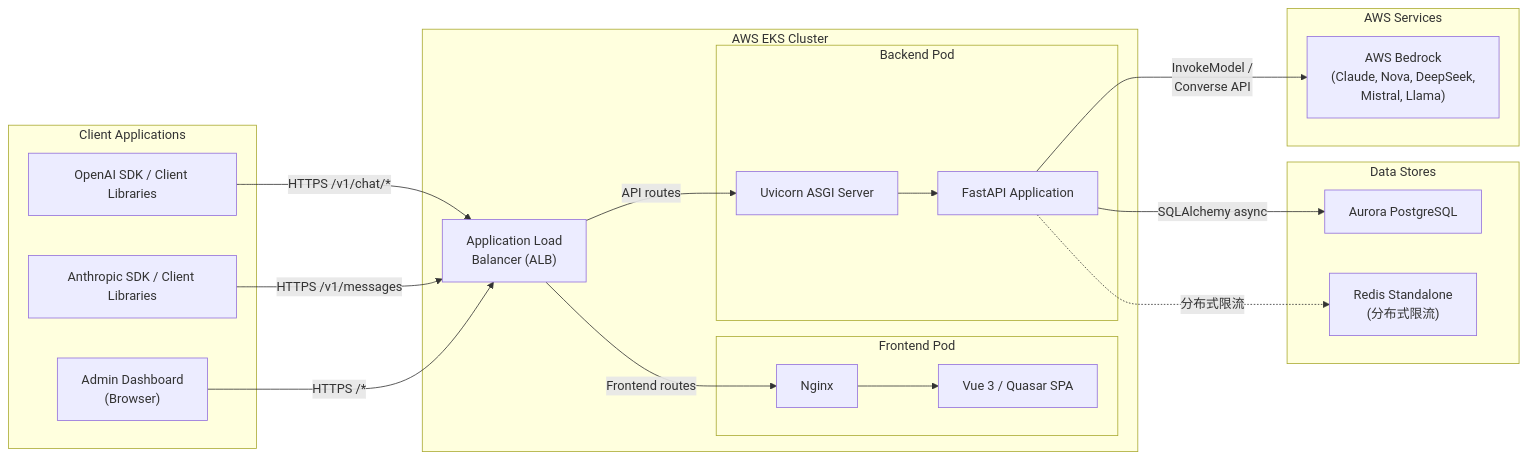
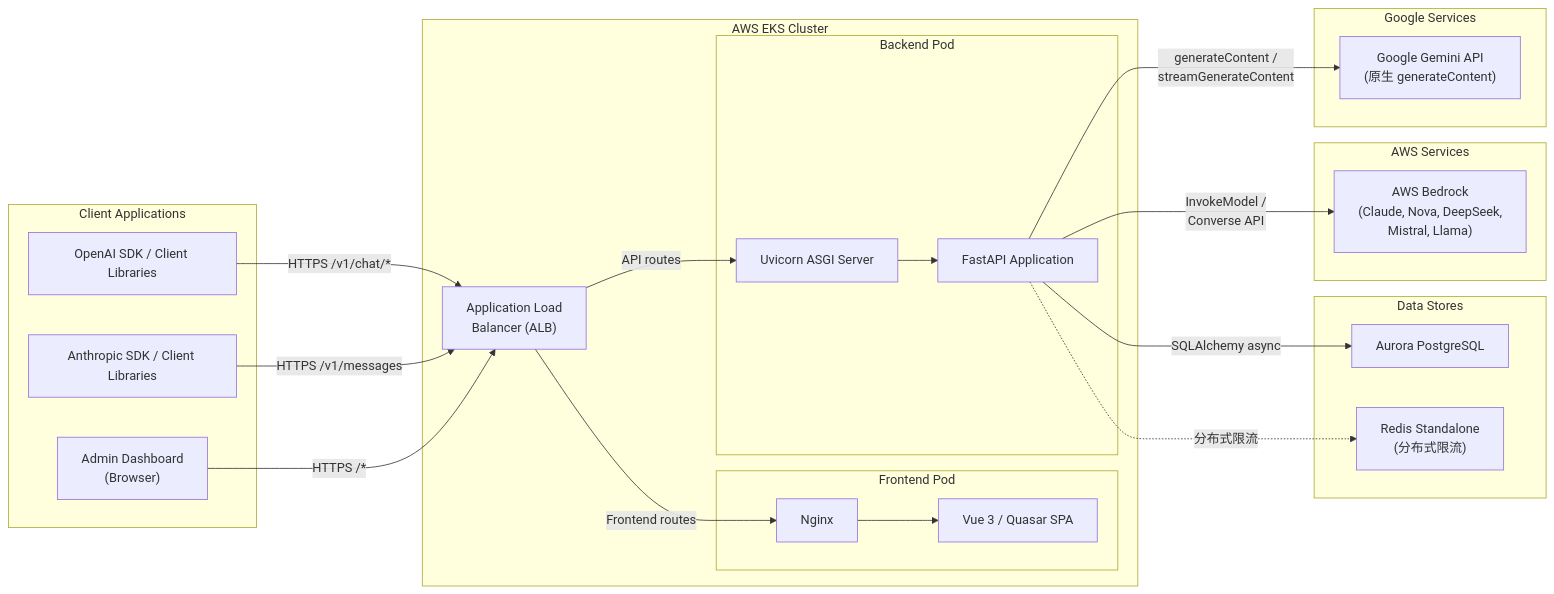
One commit to aws-samples/sample-kolya-br-proxy changed the first of 11 diagrams in docs/architecture.zh.md. Above: the diagram before and after it, drawn with Mermaid. The commit also changed other lines of this file and 11 other files, not shown here.

````diff
--- a/docs/architecture.zh.md
+++ b/docs/architecture.zh.md
@@ -24,42 +24,47 @@
 ```mermaid
 graph LR
     subgraph Clients ["Client Applications"]
         OAI["OpenAI SDK / Client Libraries"]
         Anthropic_SDK["Anthropic SDK / Client Libraries"]
         Browser["Admin Dashboard<br/>(Browser)"]
     end
 
     subgraph AWS_EKS ["AWS EKS Cluster"]
         subgraph Frontend_Pod ["Frontend Pod"]
             Nginx["Nginx"]
             Vue["Vue 3 / Quasar SPA"]
         end
 
         subgraph Backend_Pod ["Backend Pod"]
             Uvicorn["Uvicorn ASGI Server"]
             FastAPI["FastAPI Application"]
         end
 
         ALB["Application Load<br/>Balancer (ALB)"]
     end
 
     subgraph Data_Stores ["Data Stores"]
         PG["Aurora PostgreSQL"]
         Redis["Redis Standalone<br/>(分布式限流)"]
     end
 
     subgraph AWS_Services ["AWS Services"]
         Bedrock["AWS Bedrock<br/>(Claude, Nova, DeepSeek,<br/>Mistral, Llama)"]
     end
 
+    subgraph Google_Services ["Google Services"]
+        Gemini["Google Gemini API<br/>(原生 generateContent)"]
+    end
+
     OAI -->|"HTTPS /v1/chat/*"| ALB
     Anthropic_SDK -->|"HTTPS /v1/messages"| ALB
     Browser -->|"HTTPS /*"| ALB
     ALB -->|"Frontend routes"| Nginx
     ALB -->|"API routes"| Uvicorn
     Nginx --> Vue
     Uvicorn --> FastAPI
     FastAPI -->|"InvokeModel /<br/>Converse API"| Bedrock
+    FastAPI -->|"generateContent /<br/>streamGenerateContent"| Gemini
     FastAPI -->|"SQLAlchemy async"| PG
     FastAPI -.->|"分布式限流"| Redis
 ```
````
